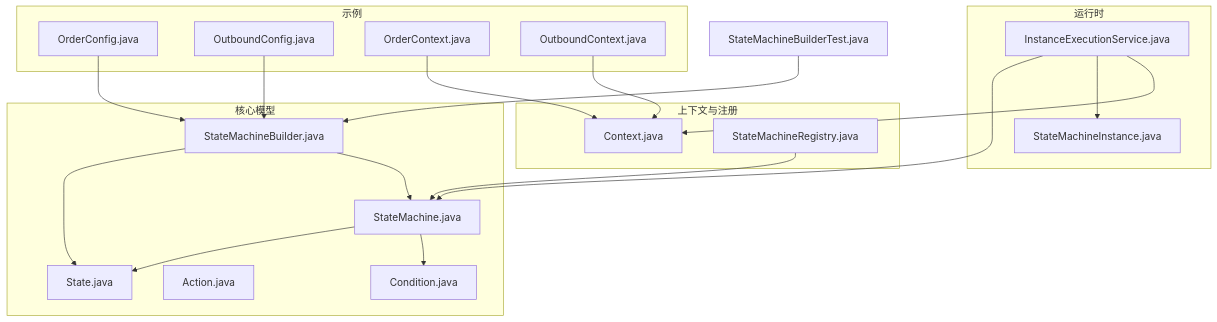
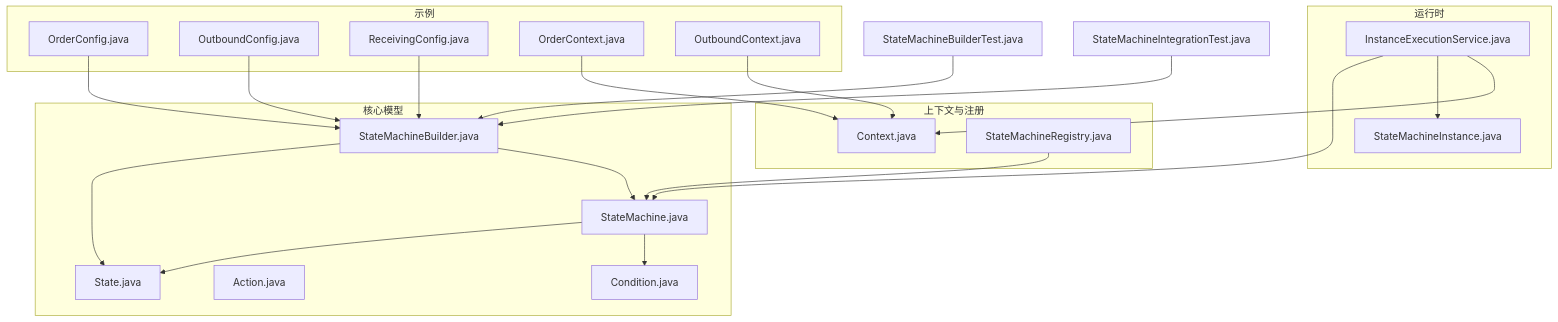
Before and after one commit to xiaoche80s-tech/state-machine-parent: the first of 7 diagrams in .qoder/repowiki/zh/content/状态机定义/状态定义.md, drawn with Mermaid. The commit also changed other lines of this file and 17 other files, not shown here.

````diff
--- a/.qoder/repowiki/zh/content/状态机定义/状态定义.md
+++ b/.qoder/repowiki/zh/content/状态机定义/状态定义.md
@@ -44,38 +55,42 @@
 ```mermaid
 graph TB
 subgraph "核心模型"
 A["State.java"]
 B["Action.java"]
 C["Condition.java"]
 D["StateMachineBuilder.java"]
 E["StateMachine.java"]
 end
 subgraph "运行时"
 F["StateMachineInstance.java"]
 G["InstanceExecutionService.java"]
 end
 subgraph "上下文与注册"
 H["Context.java"]
 I["StateMachineRegistry.java"]
 end
 subgraph "示例"
 J["OrderConfig.java"]
 K["OutboundConfig.java"]
-L["OrderContext.java"]
-M["OutboundContext.java"]
+L["ReceivingConfig.java"]
+M["OrderContext.java"]
+N["OutboundContext.java"]
 end
-N["StateMachineBuilderTest.java"]
+O["StateMachineBuilderTest.java"]
+P["StateMachineIntegrationTest.java"]
 D --> A
 D --> E
 E --> A
 E --> C
 G --> E
 G --> F
 G --> H
 I --> E
 J --> D
 K --> D
-L --> H
+L --> D
 M --> H
-N --> D
+N --> H
+O --> D
+P --> D
 ```
````
